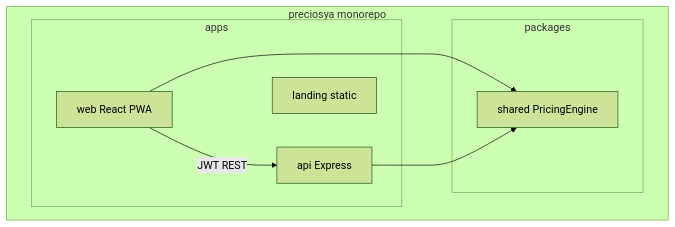
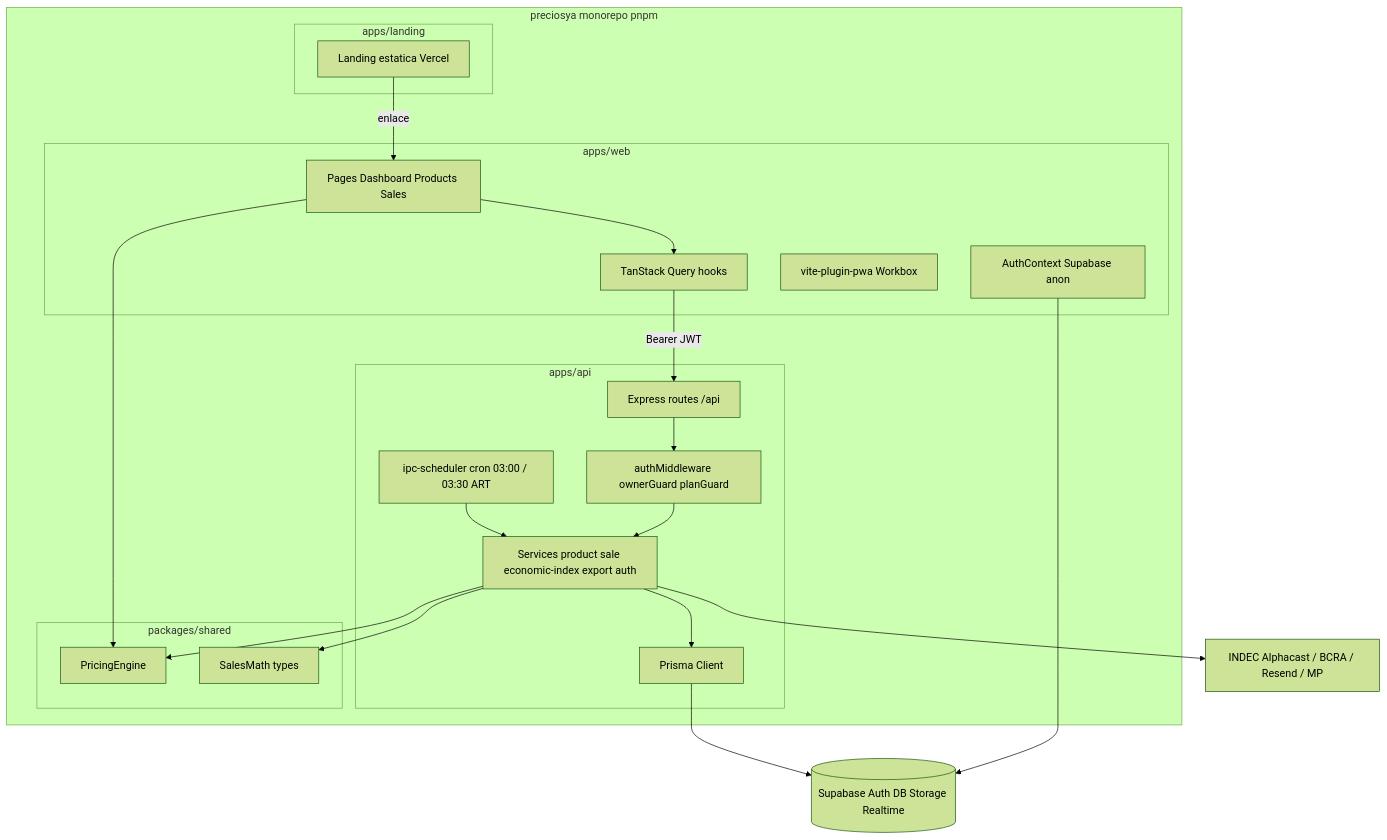
The diagram in docs/entrega/assets/componentes.mmd (ELautax/PreciosYa), drawn with Mermaid (forest theme) before and after one commit. The commit also changed 51 other files, not shown here.

```diff
--- a/docs/entrega/assets/componentes.mmd
+++ b/docs/entrega/assets/componentes.mmd
@@ -1,15 +1,43 @@
 flowchart TB
-  subgraph root [preciosya monorepo]
-    subgraph apps [apps]
-      web[web React PWA]
-      api[api Express]
-      landing[landing static]
+  subgraph monorepo [preciosya monorepo pnpm]
+    subgraph apps_web [apps/web]
+      UI[Pages Dashboard Products Sales]
+      AuthCtx[AuthContext Supabase anon]
+      Hooks[TanStack Query hooks]
+      PWA[vite-plugin-pwa Workbox]
     end
-    subgraph packages [packages]
-      shared[shared PricingEngine]
+
+    subgraph apps_api [apps/api]
+      Routes[Express routes /api]
+      MW[authMiddleware ownerGuard planGuard]
+      Svcs[Services product sale economic-index export auth]
+      Jobs[ipc-scheduler cron 03:00 / 03:30 ART]
+      Prisma[Prisma Client]
+    end
+
+    subgraph pkgs [packages/shared]
+      PE[PricingEngine]
+      SM[SalesMath types]
+    end
+
+    subgraph apps_land [apps/landing]
+      Land[Landing estatica Vercel]
     end
   end
 
-  web --> shared
-  api --> shared
-  web -->|JWT REST| api
+  Ext[(Supabase Auth DB Storage Realtime)]
+  APIs[INDEC Alphacast / BCRA / Resend / MP]
+
+  UI --> Hooks
+  Hooks -->|Bearer JWT| Routes
+  AuthCtx --> Ext
+  Routes --> MW
+  MW --> Svcs
+  Svcs --> Prisma
+  Svcs --> PE
+  Svcs --> SM
+  UI --> PE
+  Jobs --> Svcs
+  Prisma --> Ext
+  Svcs --> APIs
+  Land -->|enlace| UI
```
